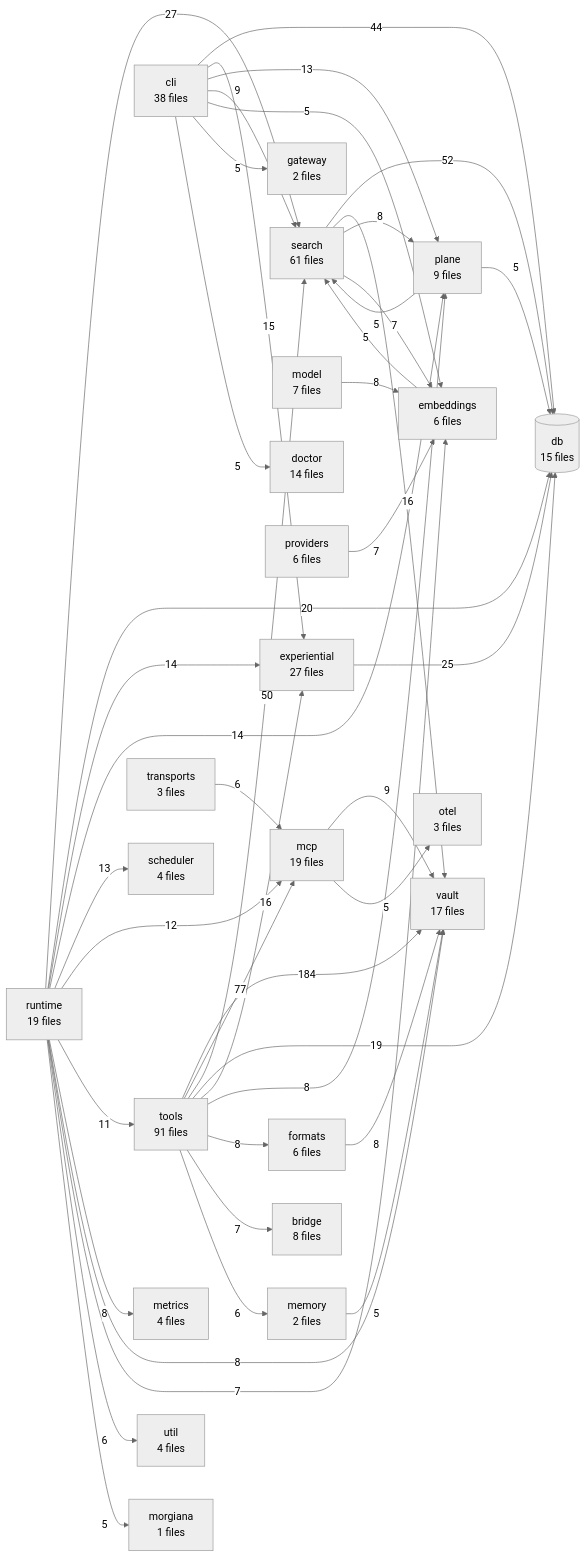
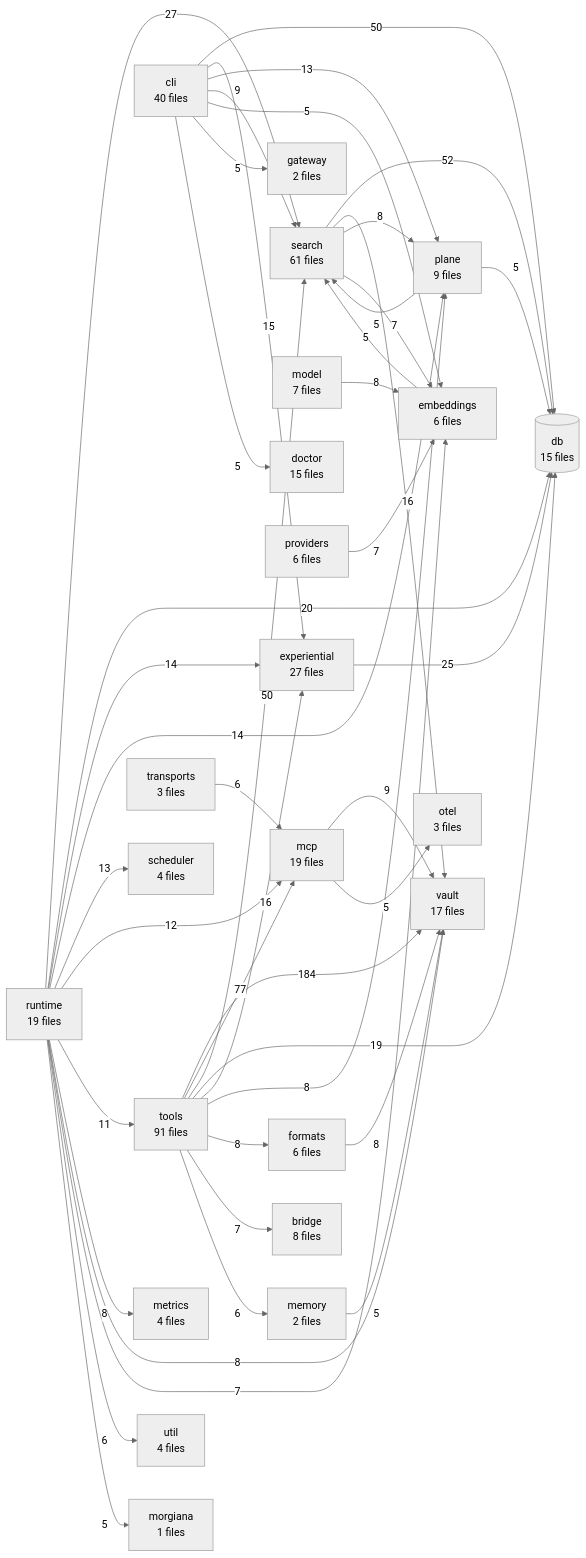
The diagram in TREE.md (The-40-Thieves/obsidian-tc), drawn with Mermaid (neutral theme) before and after one commit. The commit also changed other lines of this file and 34 other files, not shown here.

````diff
--- a/TREE.md
+++ b/TREE.md
@@ -309,70 +310,70 @@
 ```mermaid
 flowchart LR
   tools[tools<br/>91 files]
   search[search<br/>61 files]
-  cli[cli<br/>38 files]
+  cli[cli<br/>40 files]
   experiential[experiential<br/>27 files]
   mcp[mcp<br/>19 files]
   runtime[runtime<br/>19 files]
   vault[vault<br/>17 files]
   db[(db<br/>15 files)]
-  doctor[doctor<br/>14 files]
+  doctor[doctor<br/>15 files]
   plane[plane<br/>9 files]
   bridge[bridge<br/>8 files]
   model[model<br/>7 files]
   embeddings[embeddings<br/>6 files]
   formats[formats<br/>6 files]
   providers[providers<br/>6 files]
   metrics[metrics<br/>4 files]
   scheduler[scheduler<br/>4 files]
   util[util<br/>4 files]
   otel[otel<br/>3 files]
   transports[transports<br/>3 files]
   gateway[gateway<br/>2 files]
   memory[memory<br/>2 files]
   morgiana[morgiana<br/>1 files]
 
   tools -->|184| vault
   tools -->|77| mcp
   search -->|52| db
+  cli -->|50| db
   tools -->|50| search
-  cli -->|44| db
   runtime -->|27| search
   experiential -->|25| db
   runtime -->|20| db
   tools -->|19| db
   search -->|16| vault
   tools -->|16| experiential
   cli -->|15| experiential
   runtime -->|14| experiential
   runtime -->|14| plane
   cli -->|13| plane
   runtime -->|13| scheduler
   runtime -->|12| mcp
   runtime -->|11| tools
   cli -->|9| search
   mcp -->|9| vault
   formats -->|8| vault
   model -->|8| embeddings
   runtime -->|8| metrics
   runtime -->|8| vault
   search -->|8| plane
   tools -->|8| plane
   tools -->|8| formats
   providers -->|7| embeddings
   runtime -->|7| embeddings
   search -->|7| embeddings
   tools -->|7| bridge
   runtime -->|6| util
   tools -->|6| memory
   transports -->|6| mcp
   cli -->|5| embeddings
   cli -->|5| gateway
   cli -->|5| doctor
   embeddings -->|5| search
   mcp -->|5| otel
   memory -->|5| vault
   plane -->|5| db
   plane -->|5| search
   runtime -->|5| morgiana
 ```
````
